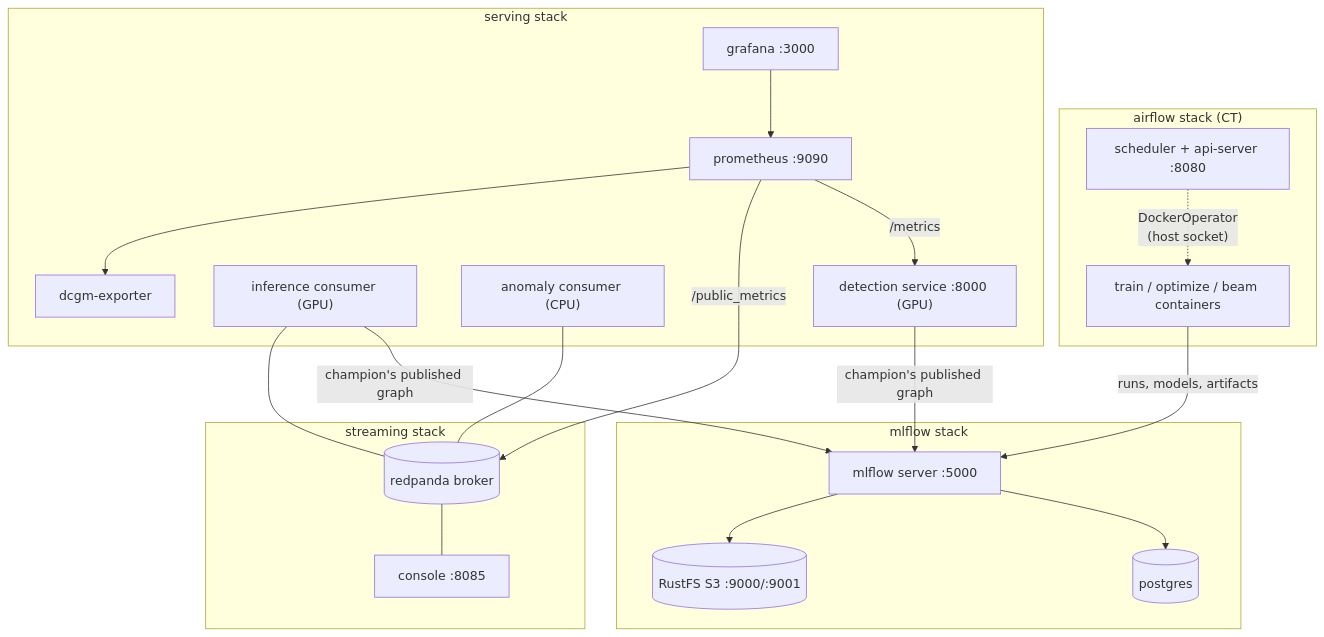
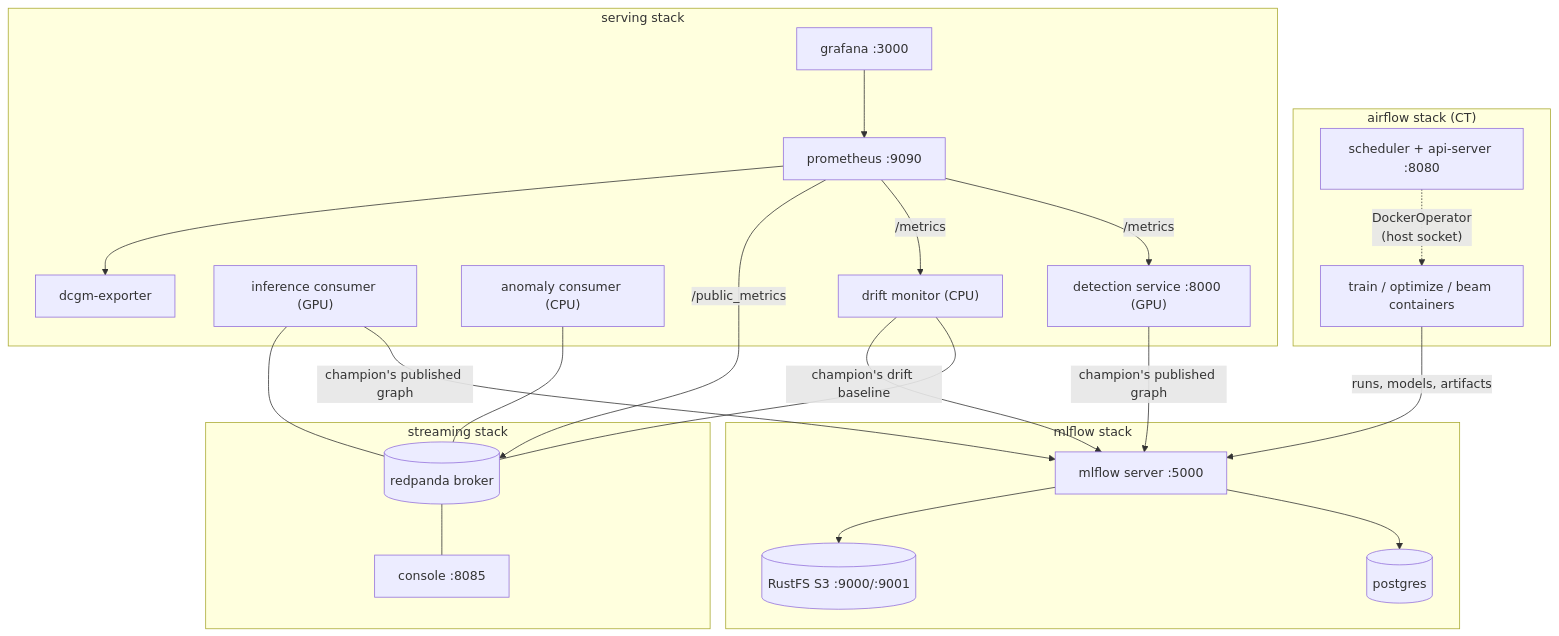
The diagram in docs/containers.md (vtarasv/mlops-cv), drawn with Mermaid before and after one commit. The commit also changed other lines of this file and 9 other files, not shown here.

````diff
--- a/docs/containers.md
+++ b/docs/containers.md
@@ -50,30 +52,34 @@
 ```mermaid
 flowchart TB
     subgraph mlflow_stack["mlflow stack"]
         mlflow["mlflow server :5000"] --> pg[("postgres")]
         mlflow --> rustfs[("RustFS S3 :9000/:9001")]
     end
     subgraph airflow_stack["airflow stack (CT)"]
         scheduler["scheduler + api-server :8080"] -. "DockerOperator\n(host socket)" .-> gpu_tasks["train / optimize / beam containers"]
     end
     subgraph streaming_stack["streaming stack"]
         redpanda[("redpanda broker")] --- console["console :8085"]
     end
     subgraph serving_stack["serving stack"]
         serving["detection service :8000 (GPU)"]
         infcons["inference consumer (GPU)"]
         anomcons["anomaly consumer (CPU)"]
+        driftmon["drift monitor (CPU)"]
         prometheus["prometheus :9090"]
         grafana["grafana :3000"]
         dcgm["dcgm-exporter"]
     end
     gpu_tasks -- "runs, models, artifacts" --> mlflow
     serving -- "champion's published graph" --> mlflow
     infcons -- "champion's published graph" --> mlflow
     infcons --- redpanda
     anomcons --- redpanda
+    driftmon --- redpanda
+    driftmon -- "champion's drift baseline" --> mlflow
     prometheus -- "/metrics" --> serving
+    prometheus -- "/metrics" --> driftmon
     prometheus -- "/public_metrics" --> redpanda
     prometheus --> dcgm
     grafana --> prometheus
 ```
````
